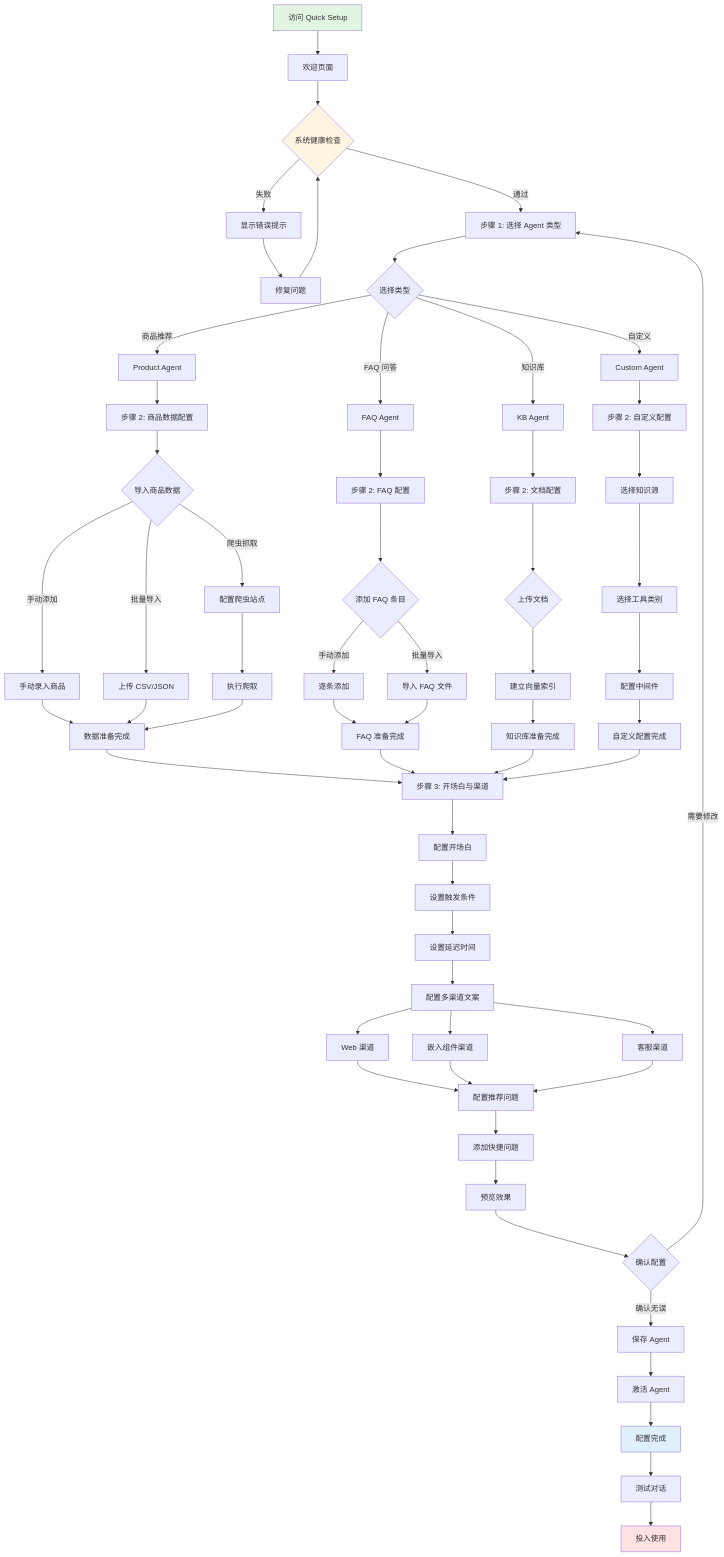
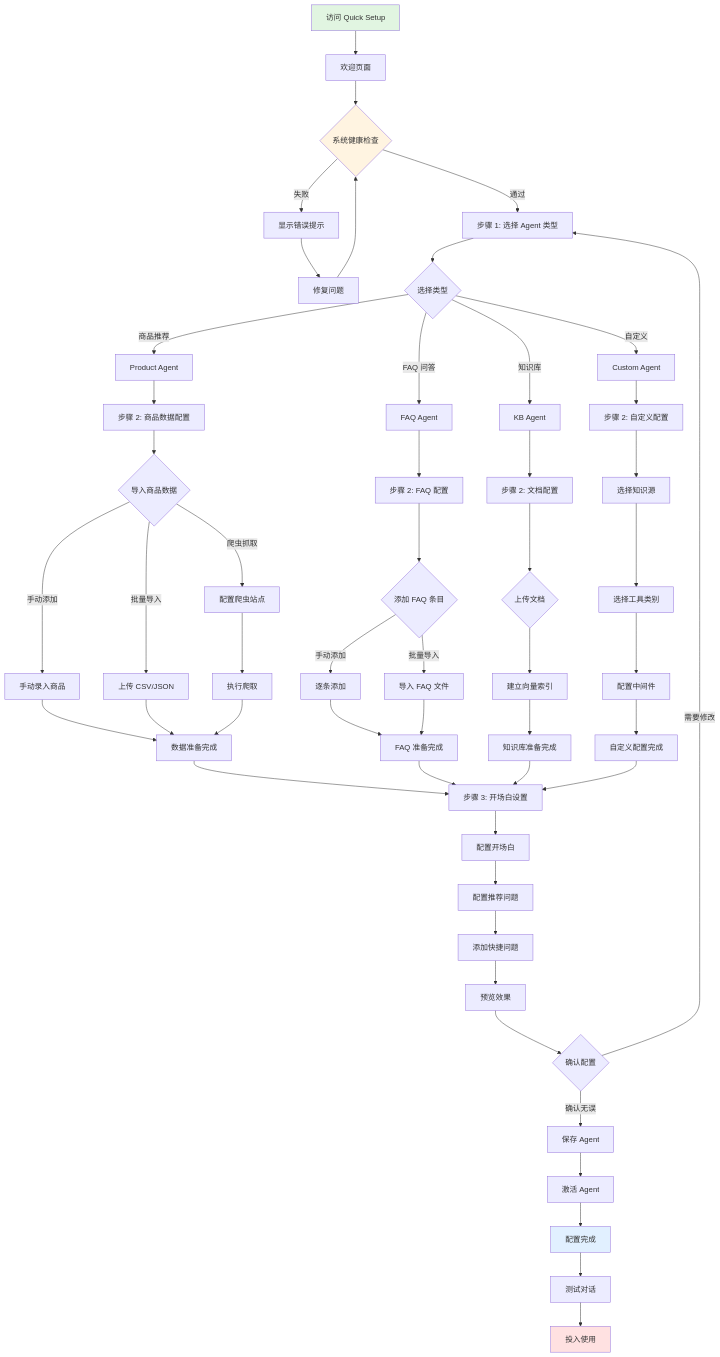
The third of 3 diagrams in README.md (congwa/embedAi-agent), drawn with Mermaid before and after one commit. The commit also changed other lines of this file, not shown here.

```diff
--- a/README.md
+++ b/README.md
@@ -341,24 +341,13 @@
     SelectTools --> SelectMiddleware[配置中间件]
     SelectMiddleware --> CustomReady[自定义配置完成]
     
-    DataReady --> Step3[步骤 3: 开场白与渠道]
+    DataReady --> Step3[步骤 3: 开场白设置]
     FAQReady --> Step3
     KBReady --> Step3
     CustomReady --> Step3
     
     Step3 --> GreetingConfig[配置开场白]
-    GreetingConfig --> SetTrigger[设置触发条件]
-    SetTrigger --> SetDelay[设置延迟时间]
-    SetDelay --> SetChannels[配置多渠道文案]
-    
-    SetChannels --> WebChannel[Web 渠道]
-    SetChannels --> EmbedChannel[嵌入组件渠道]
-    SetChannels --> SupportChannel[客服渠道]
-    
-    WebChannel --> QuestionConfig[配置推荐问题]
-    EmbedChannel --> QuestionConfig
-    SupportChannel --> QuestionConfig
-    
+    GreetingConfig --> QuestionConfig[配置推荐问题]
     QuestionConfig --> AddQuestions[添加快捷问题]
     AddQuestions --> Preview[预览效果]
     
```
